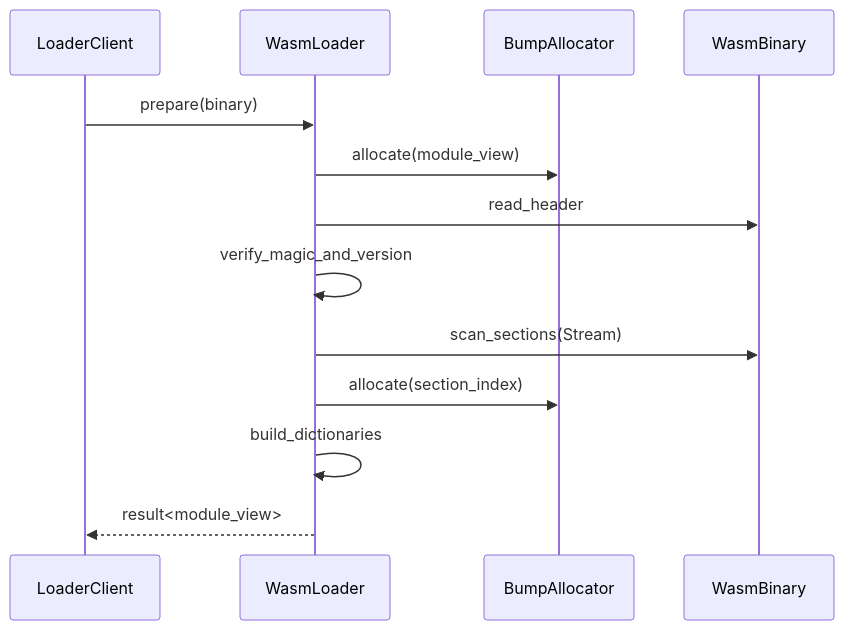
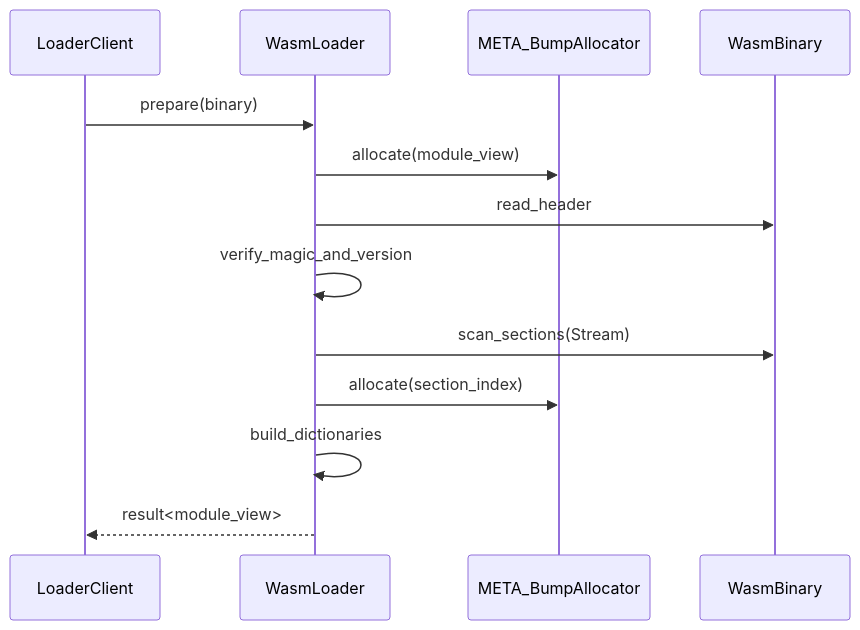
The third of 3 diagrams in docs/components/runtime/runtime_loader.md (kmt-t/fireball), drawn with Mermaid before and after one commit. The commit also changed other lines of this file and 79 other files, not shown here.

````diff
--- a/docs/components/runtime/runtime_loader.md
+++ b/docs/components/runtime/runtime_loader.md
@@ -155,16 +155,16 @@
 ```mermaid
 sequenceDiagram
     participant Client as LoaderClient
     participant Loader as WasmLoader
-    participant Alloc as BumpAllocator
+    participant Alloc as META_BumpAllocator
     participant ROM as WasmBinary
     
     Client->>Loader: prepare(binary)
     Loader->>Alloc: allocate(module_view)
     Loader->>ROM: read_header
     Loader->>Loader: verify_magic_and_version
     Loader->>ROM: scan_sections(Stream)
     Loader->>Alloc: allocate(section_index)
     Loader->>Loader: build_dictionaries
     Loader-->>Client: result<module_view>
 ```
````
